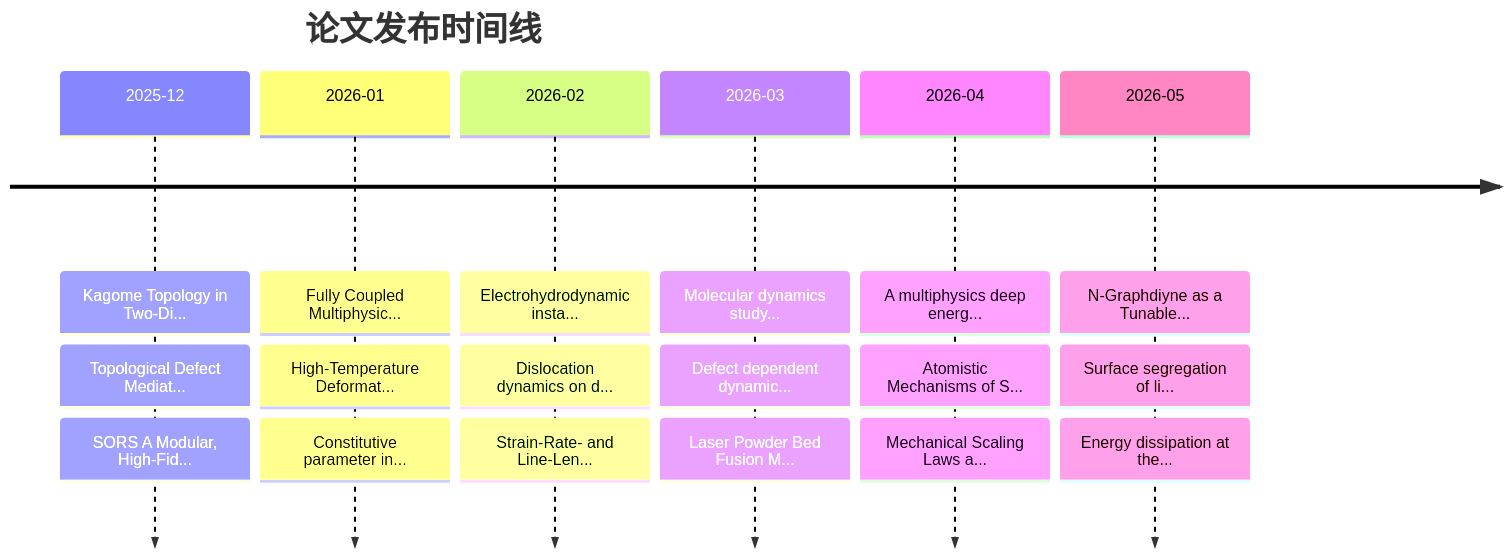
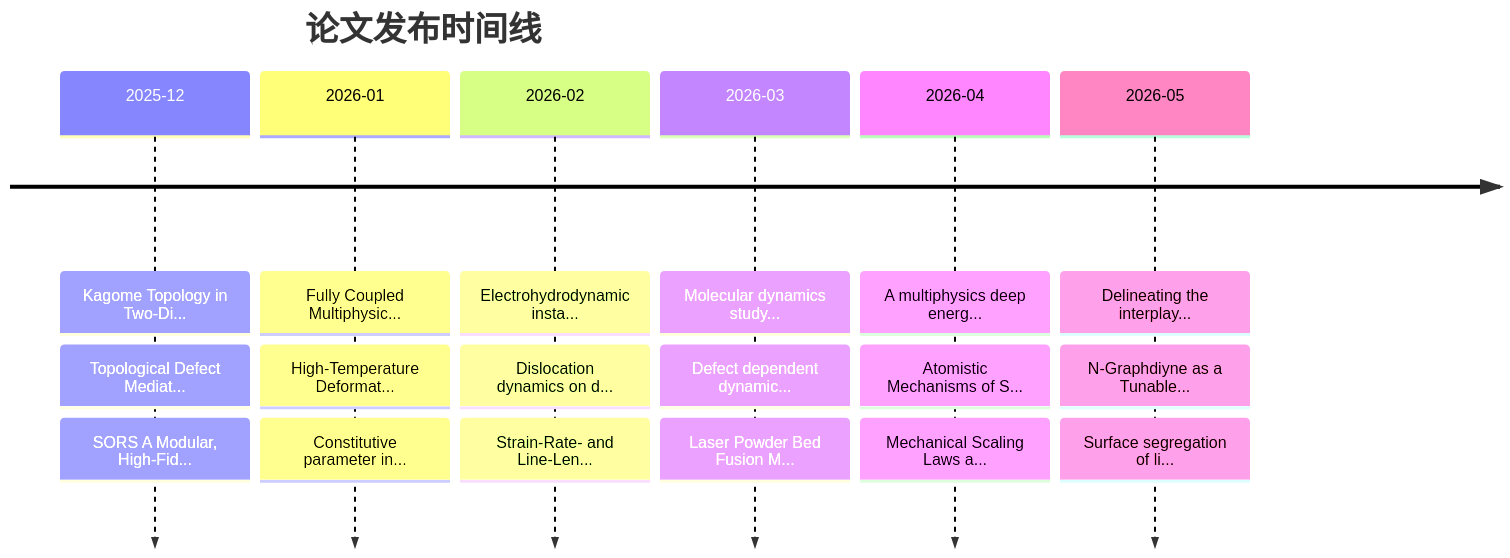
Before and after one commit to Shirakawa11111/BJK_readpaper: the second of 2 diagrams in README.md, drawn with Mermaid. The commit also changed other lines of this file and 11 other files, not shown here.

````diff
--- a/README.md
+++ b/README.md
@@ -206,10 +206,10 @@
 ```mermaid
 timeline
     title 论文发布时间线
     2025-12 : Kagome Topology in Two-Di... : Topological Defect Mediat... : SORS A Modular, High-Fid...
     2026-01 : Fully Coupled Multiphysic... : High-Temperature Deformat... : Constitutive parameter in...
     2026-02 : Electrohydrodynamic insta... : Dislocation dynamics on d... : Strain-Rate- and Line-Len...
     2026-03 : Molecular dynamics study... : Defect dependent dynamic... : Laser Powder Bed Fusion M...
     2026-04 : A multiphysics deep energ... : Atomistic Mechanisms of S... : Mechanical Scaling Laws a...
-    2026-05 : N-Graphdiyne as a Tunable... : Surface segregation of li... : Energy dissipation at the...
+    2026-05 : Delineating the interplay... : N-Graphdiyne as a Tunable... : Surface segregation of li...
 ```
````
